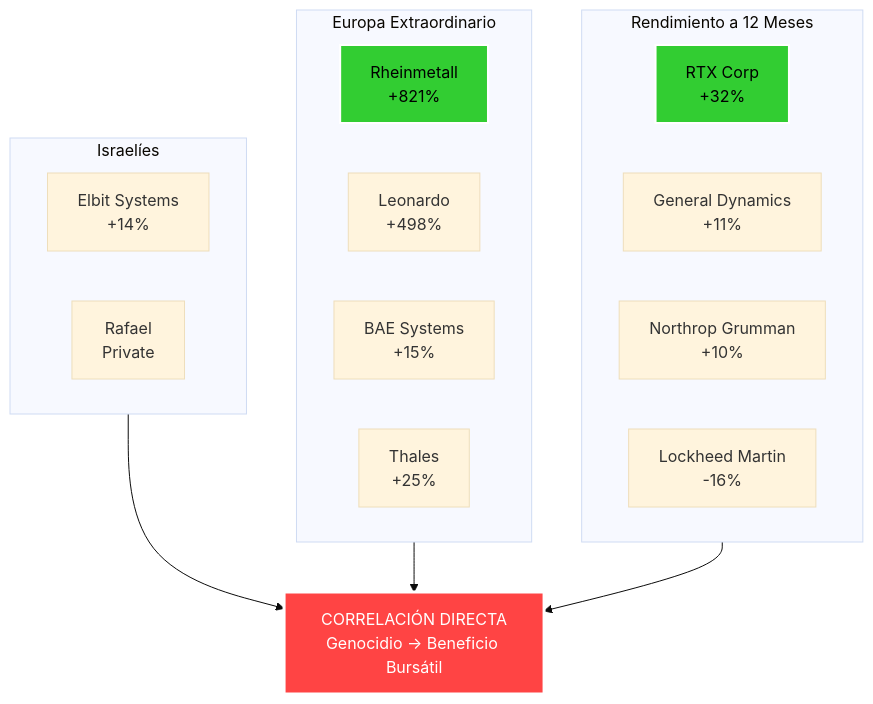
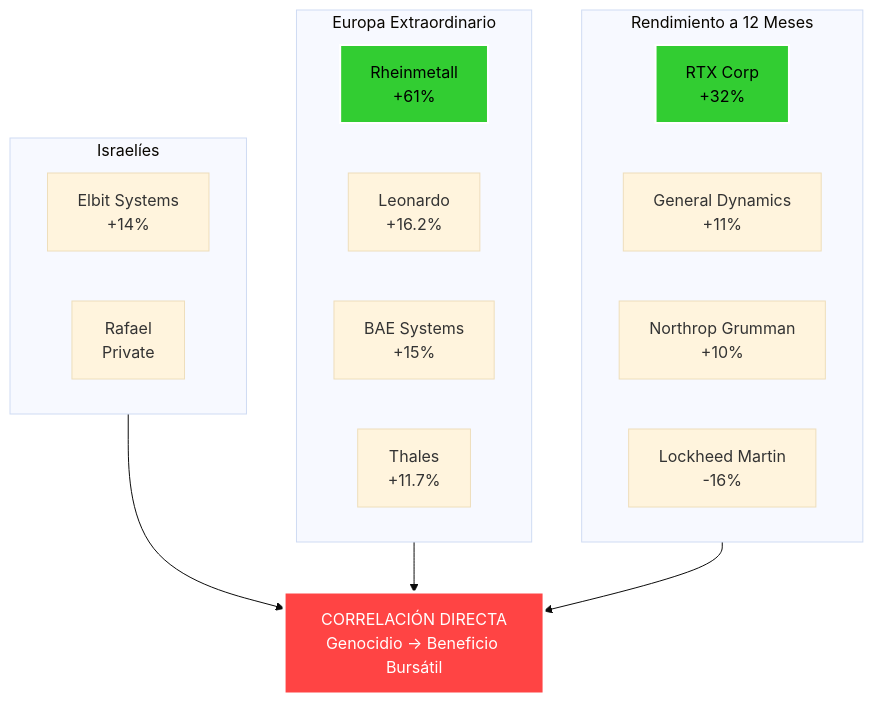
One commit to perpetuocambio/annotations changed diagram 41 of 54 in intel/israel_geopolitical_analysis.md. Above: the diagram before and after it, drawn with Mermaid (base theme). The commit also changed other lines of this file, not shown here.

````diff
--- a/intel/israel_geopolitical_analysis.md
+++ b/intel/israel_geopolitical_analysis.md
@@ -1304,32 +1304,32 @@
 ```mermaid
 graph TD
     subgraph Rendimiento a 12 Meses
         direction LR
         RTX[RTX Corp<br>+32%]
         GD[General Dynamics<br>+11%]
         NOC[Northrop Grumman<br>+10%]
         LMT[Lockheed Martin<br>-16%]
     end
     
     subgraph Europa Extraordinario
         direction LR
-        RHM[Rheinmetall<br>+821%]
-        LDO[Leonardo<br>+498%]
+        RHM[Rheinmetall<br>+61%]
+        LDO[Leonardo<br>+16.2%]
         BAE[BAE Systems<br>+15%]
-        THA[Thales<br>+25%]
+        THA[Thales<br>+11.7%]
     end
     
     subgraph Israelíes
         direction LR
         ESLT[Elbit Systems<br>+14%]
         RAF[Rafael<br>Private]
     end
     
     RTX --> CORRELACIÓN[CORRELACIÓN DIRECTA<br>Genocidio → Beneficio Bursátil]
     RHM --> CORRELACIÓN
     ESLT --> CORRELACIÓN
     
     style CORRELACIÓN fill:#ff4444,stroke:#fff,stroke-width:3px,color:#fff
     style RHM fill:#32cd32,stroke:#fff,stroke-width:2px,color:#000
     style RTX fill:#32cd32,stroke:#fff,stroke-width:2px,color:#000
 ```
````
